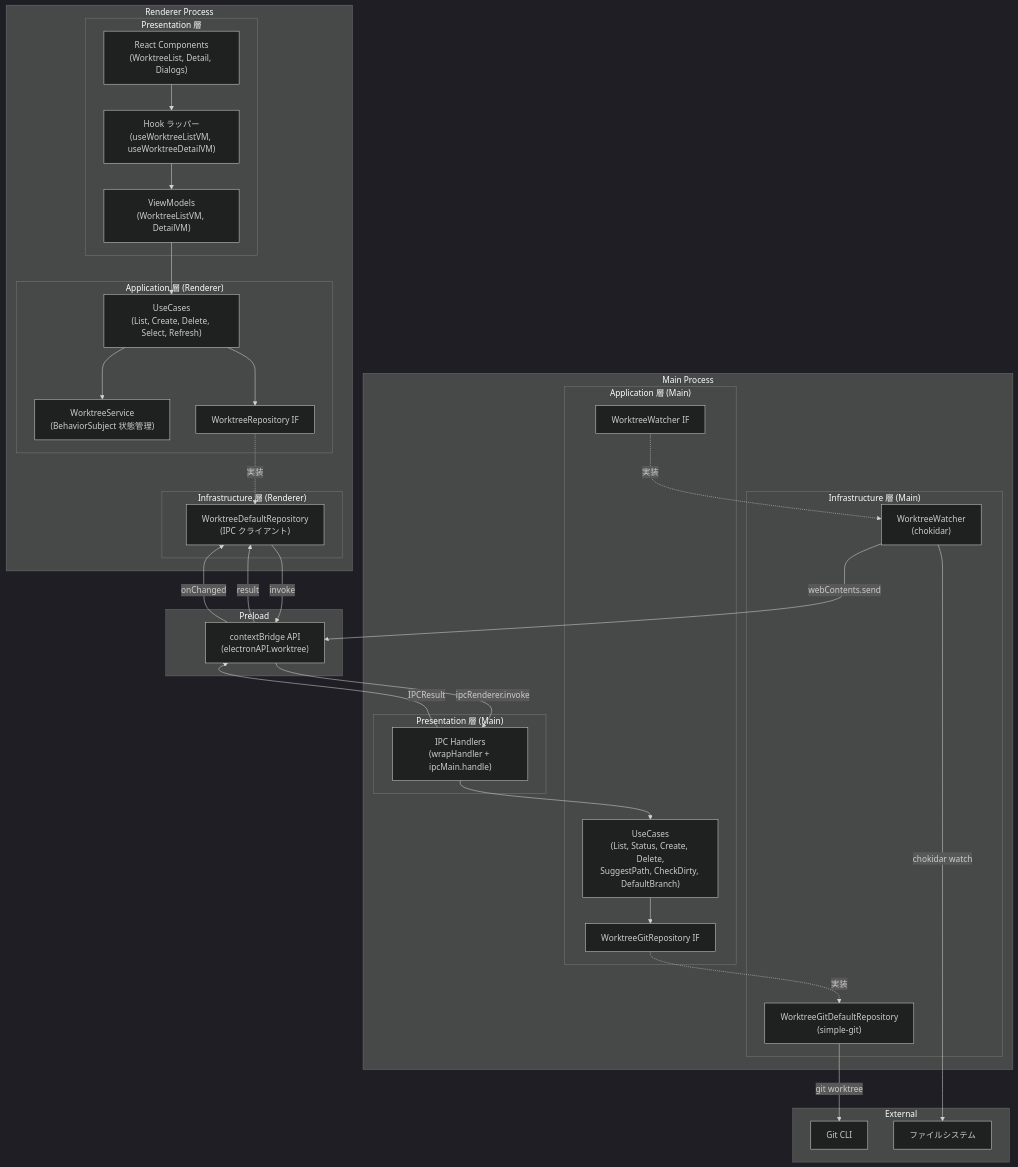
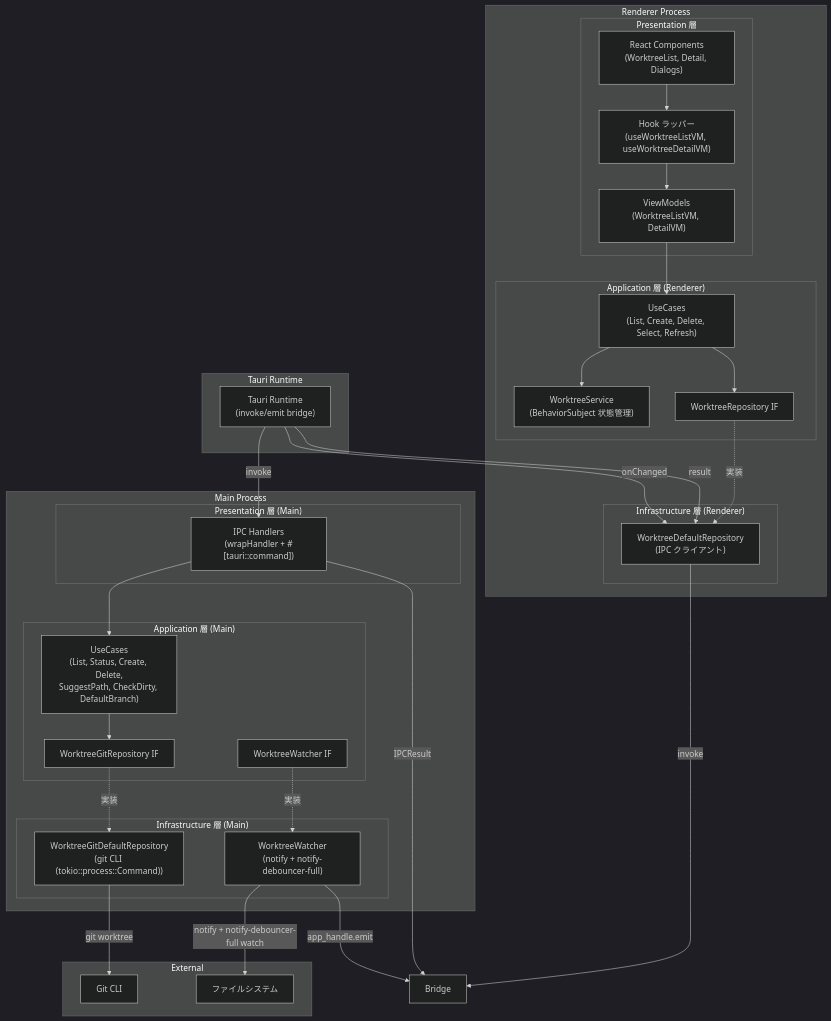
Before and after one commit to ToshikiImagawa/Buruma: the first of 2 diagrams in .sdd/specification/worktree-management_design.md, drawn with Mermaid (dark theme). The commit also changed other lines of this file and 7 other files, not shown here.

````diff
--- a/.sdd/specification/worktree-management_design.md
+++ b/.sdd/specification/worktree-management_design.md
@@ -95,61 +104,61 @@
 ```mermaid
 graph TD
     subgraph "Renderer Process"
         subgraph "Presentation 層"
             Components["React Components<br/>(WorktreeList, Detail, Dialogs)"]
             VMs["ViewModels<br/>(WorktreeListVM, DetailVM)"]
             Hooks["Hook ラッパー<br/>(useWorktreeListVM, useWorktreeDetailVM)"]
             Components --> Hooks
             Hooks --> VMs
         end
         subgraph "Application 層 (Renderer)"
             RUCs["UseCases<br/>(List, Create, Delete, Select, Refresh)"]
             RService["WorktreeService<br/>(BehaviorSubject 状態管理)"]
             RRepoIF["WorktreeRepository IF"]
             VMs --> RUCs
             RUCs --> RService
             RUCs --> RRepoIF
         end
         subgraph "Infrastructure 層 (Renderer)"
             RRepoDefault["WorktreeDefaultRepository<br/>(IPC クライアント)"]
             RRepoIF -.->|"実装"| RRepoDefault
         end
     end
 
-    subgraph "Preload"
-        Bridge["contextBridge API<br/>(electronAPI.worktree)"]
+    subgraph "Tauri Runtime"
+        Runtime["Tauri Runtime<br/>(invoke/emit bridge)"]
     end
 
     subgraph "Main Process"
         subgraph "Presentation 層 (Main)"
-            IPCHandlers["IPC Handlers<br/>(wrapHandler + ipcMain.handle)"]
+            IPCHandlers["IPC Handlers<br/>(wrapHandler + #[tauri::command])"]
         end
         subgraph "Application 層 (Main)"
             MUC["UseCases<br/>(List, Status, Create, Delete,<br/>SuggestPath, CheckDirty, DefaultBranch)"]
             MGitIF["WorktreeGitRepository IF"]
             MWatcherIF["WorktreeWatcher IF"]
             IPCHandlers --> MUC
             MUC --> MGitIF
         end
         subgraph "Infrastructure 層 (Main)"
-            MGitDefault["WorktreeGitDefaultRepository<br/>(simple-git)"]
-            MWatcher["WorktreeWatcher<br/>(chokidar)"]
+            MGitDefault["WorktreeGitDefaultRepository<br/>(git CLI (tokio::process::Command))"]
+            MWatcher["WorktreeWatcher<br/>(notify + notify-debouncer-full)"]
             MGitIF -.->|"実装"| MGitDefault
             MWatcherIF -.->|"実装"| MWatcher
         end
     end
 
     subgraph "External"
         Git[Git CLI]
         FS[ファイルシステム]
     end
 
     RRepoDefault -->|"invoke"| Bridge
-    Bridge -->|"ipcRenderer.invoke"| IPCHandlers
+    Runtime -->|"invoke<T>"| IPCHandlers
     IPCHandlers -->|"IPCResult"| Bridge
-    Bridge -->|"result"| RRepoDefault
-    MWatcher -->|"webContents.send"| Bridge
-    Bridge -->|"onChanged"| RRepoDefault
+    Runtime -->|"result"| RRepoDefault
+    MWatcher -->|"app_handle.emit"| Bridge
+    Runtime -->|"onChanged"| RRepoDefault
     MGitDefault -->|"git worktree"| Git
-    MWatcher -->|"chokidar watch"| FS
+    MWatcher -->|"notify + notify-debouncer-full watch"| FS
 ```
````
